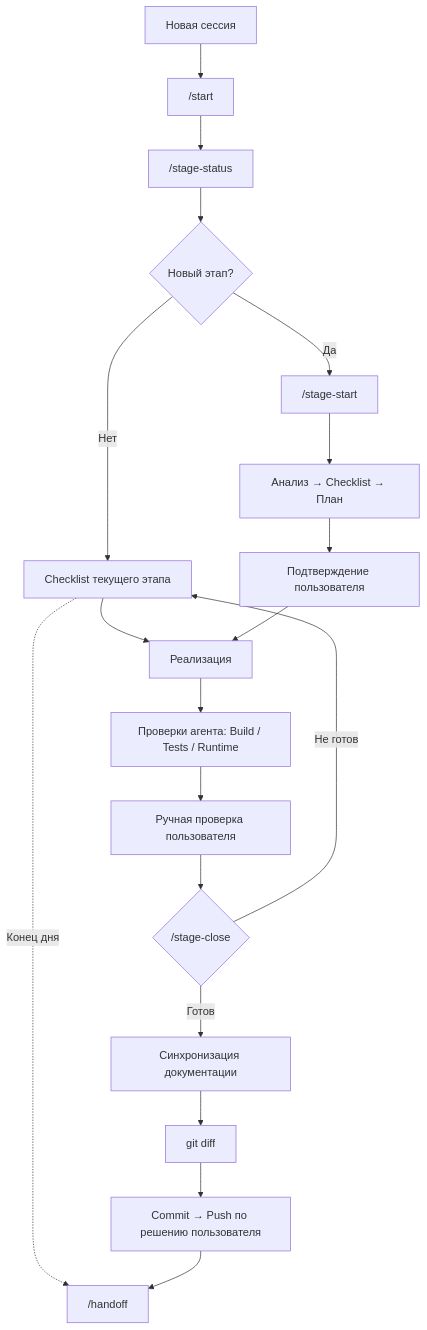
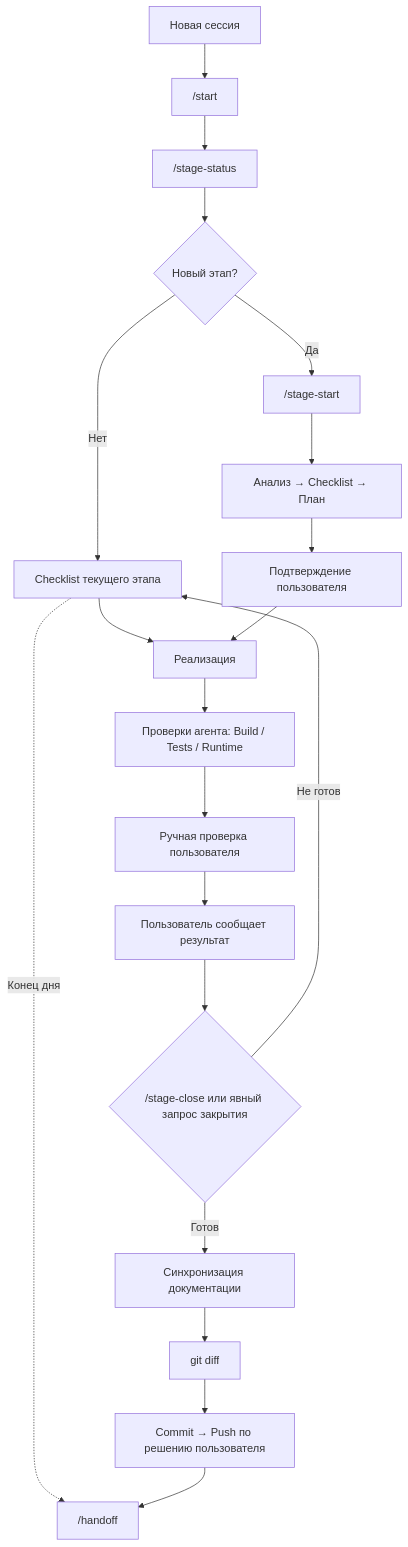
The diagram in docs/DEVELOPMENT_WORKFLOW.md (OlegRyazancev/ai-news-bot), drawn with Mermaid before and after one commit. The commit also changed other lines of this file and 4 other files, not shown here.

````diff
--- a/docs/DEVELOPMENT_WORKFLOW.md
+++ b/docs/DEVELOPMENT_WORKFLOW.md
@@ -49,25 +52,26 @@
 ```mermaid
 flowchart TD
     A[Новая сессия] --> B["/start"]
     B --> C["/stage-status"]
     C --> D{Новый этап?}
 
     D -- Нет --> E[Checklist текущего этапа]
     E --> I[Реализация]
 
     D -- Да --> F["/stage-start"]
     F --> G[Анализ → Checklist → План]
     G --> H[Подтверждение пользователя]
     H --> I
 
     I --> J[Проверки агента: Build / Tests / Runtime]
     J --> P[Ручная проверка пользователя]
-    P --> K{"/stage-close"}
+    P --> Q[Пользователь сообщает результат]
+    Q --> K{"/stage-close или явный запрос закрытия"}
     K -->|Не готов| E
     K -->|Готов| L[Синхронизация документации]
     L --> M[git diff]
     M --> N[Commit → Push по решению пользователя]
 
     E -. Конец дня .-> O["/handoff"]
     N --> O
 ```
````
